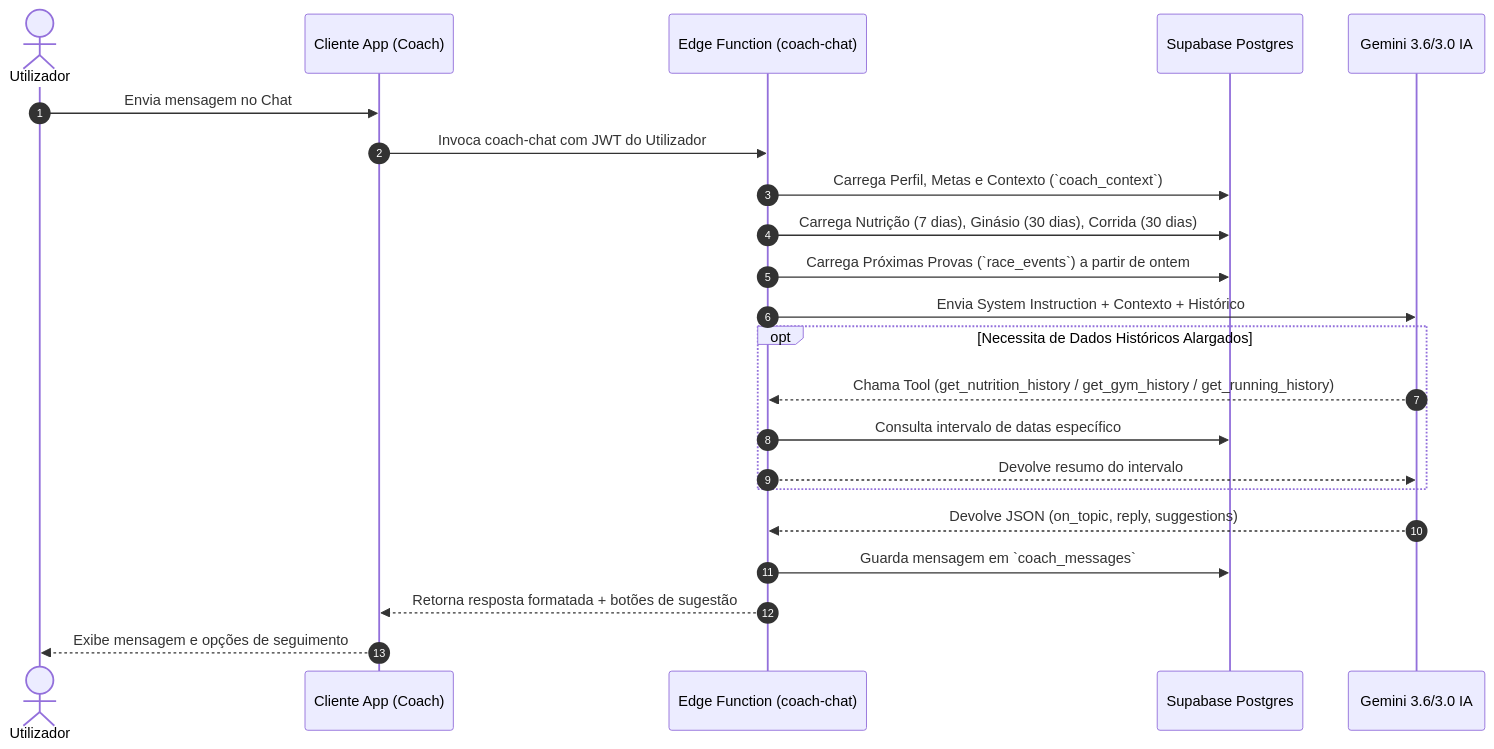
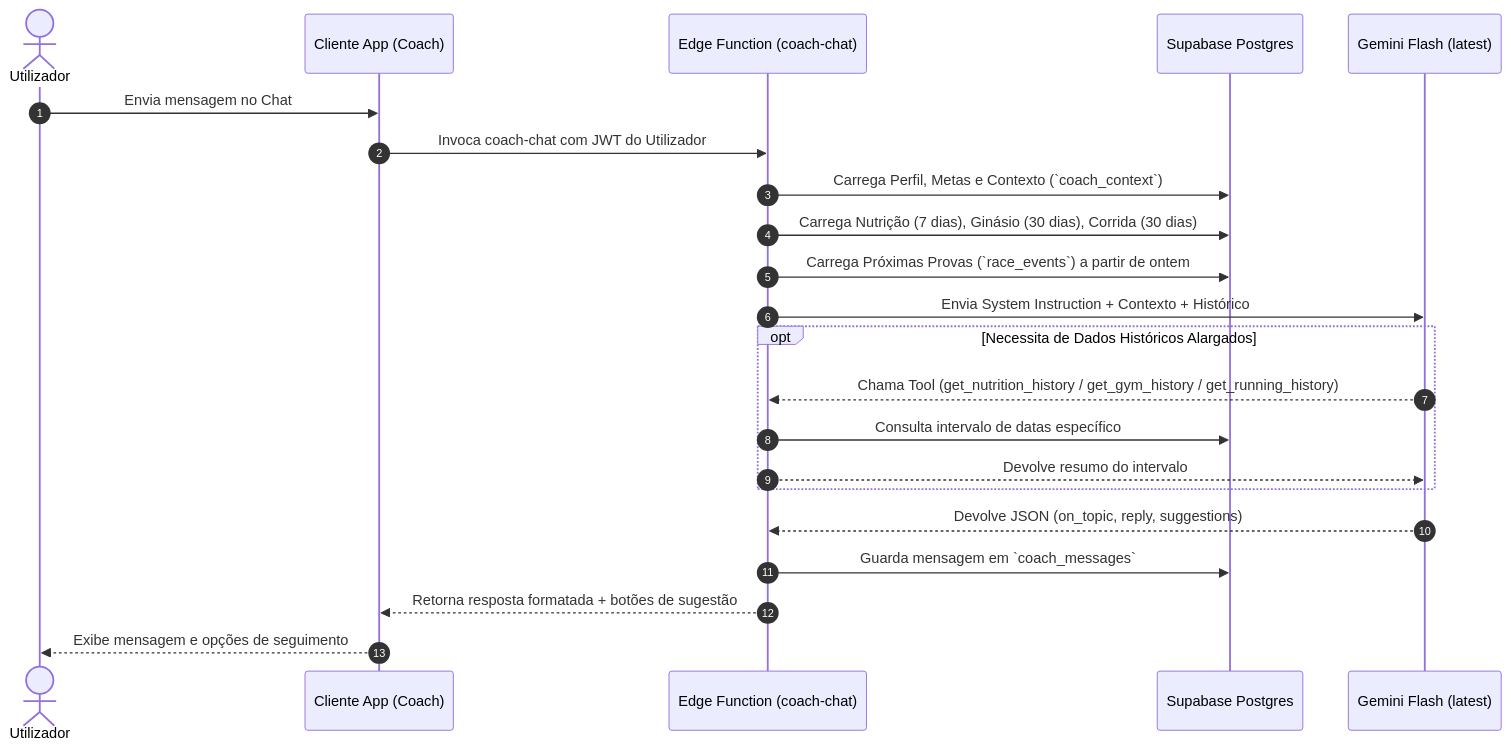
Before and after one commit to rpmariano/IronCoach: the second of 3 diagrams in MANUAL_UTILIZADOR.md, drawn with Mermaid. The commit also changed other lines of this file and 21 other files, not shown here.

Commit message:
docs and quality: add orchestrator architecture, 5 specialized agents, skills, pre-push hook, and sync documentation

````diff
--- a/MANUAL_UTILIZADOR.md
+++ b/MANUAL_UTILIZADOR.md
@@ -53,25 +53,25 @@
 ```mermaid
 sequenceDiagram
     autonumber
     actor U as Utilizador
     participant C as Cliente App (Coach)
     participant EF as Edge Function (coach-chat)
     participant DB as Supabase Postgres
-    participant G as Gemini 3.6/3.0 IA
+    participant G as Gemini Flash (latest)
 
     U->>C: Envia mensagem no Chat
     C->>EF: Invoca coach-chat com JWT do Utilizador
     EF->>DB: Carrega Perfil, Metas e Contexto (`coach_context`)
     EF->>DB: Carrega Nutrição (7 dias), Ginásio (30 dias), Corrida (30 dias)
     EF->>DB: Carrega Próximas Provas (`race_events`) a partir de ontem
     EF->>G: Envia System Instruction + Contexto + Histórico
     opt Necessita de Dados Históricos Alargados
         G-->>EF: Chama Tool (get_nutrition_history / get_gym_history / get_running_history)
         EF->>DB: Consulta intervalo de datas específico
         EF-->>G: Devolve resumo do intervalo
     end
     G-->>EF: Devolve JSON (on_topic, reply, suggestions)
     EF->>DB: Guarda mensagem em `coach_messages`
     EF-->>C: Retorna resposta formatada + botões de sugestão
     C-->>U: Exibe mensagem e opções de seguimento
 ```
````
